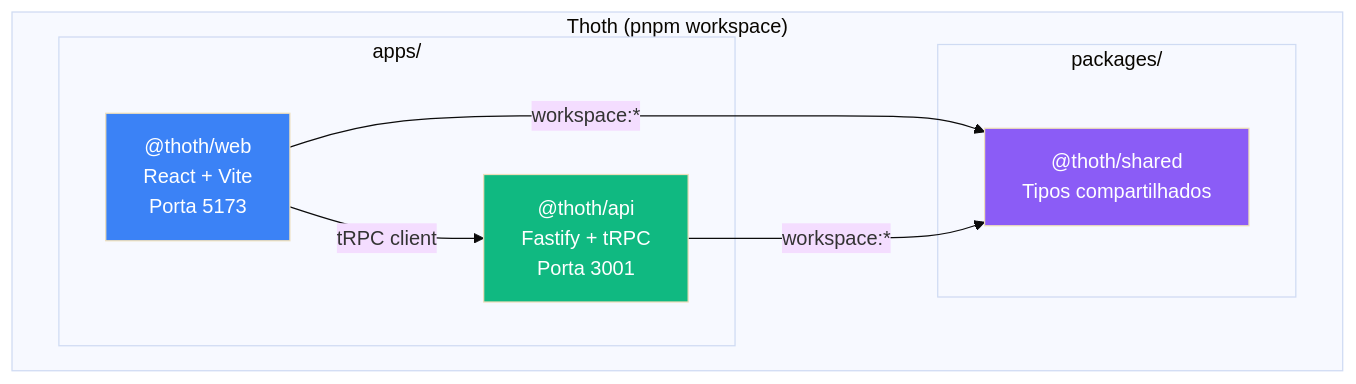
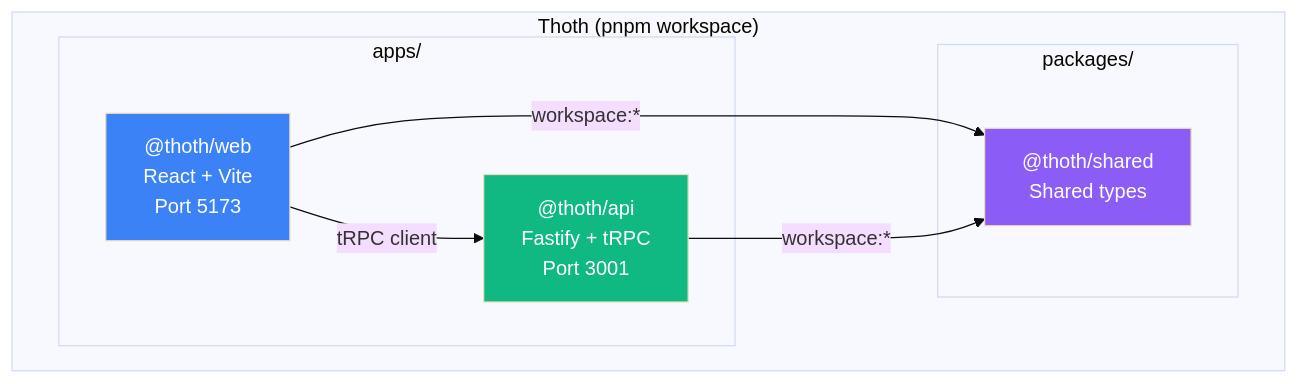
Before and after one commit to JoseJaan/Thoth: the first of 3 diagrams in README.md, drawn with Mermaid (base theme). The commit also changed other lines of this file and 26 other files, not shown here.

````diff
--- a/README.md
+++ b/README.md
@@ -24,20 +24,20 @@
 ```mermaid
 graph TB
     subgraph Monorepo["Thoth (pnpm workspace)"]
         subgraph Apps["apps/"]
-            WEB["@thoth/web<br/>React + Vite<br/>Porta 5173"]
-            API["@thoth/api<br/>Fastify + tRPC<br/>Porta 3001"]
+            WEB["@thoth/web<br/>React + Vite<br/>Port 5173"]
+            API["@thoth/api<br/>Fastify + tRPC<br/>Port 3001"]
         end
         subgraph Packages["packages/"]
-            SHARED["@thoth/shared<br/>Tipos compartilhados"]
+            SHARED["@thoth/shared<br/>Shared types"]
         end
     end
 
     WEB -->|"tRPC client"| API
     WEB -->|"workspace:*"| SHARED
     API -->|"workspace:*"| SHARED
 
     style WEB fill:#3b82f6,color:#fff
     style API fill:#10b981,color:#fff
     style SHARED fill:#8b5cf6,color:#fff
 ```
````
